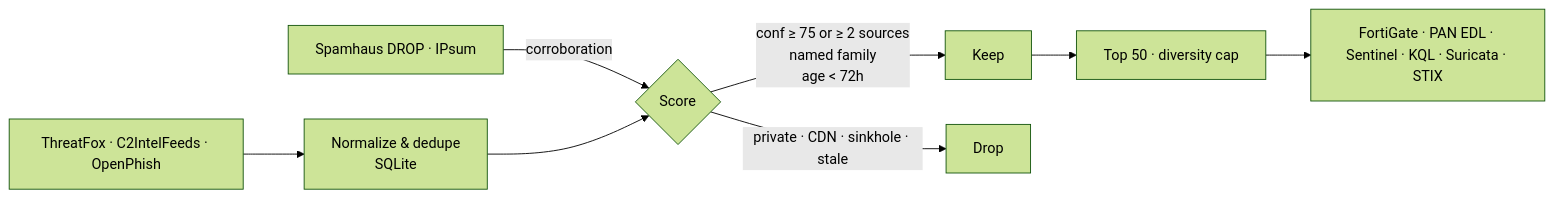
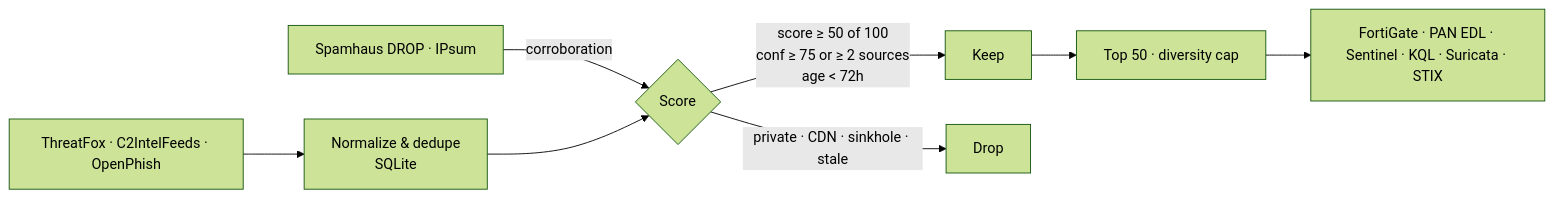
The diagram in README.md (mhearsh/threat-intel-feed), drawn with Mermaid (forest theme) before and after one commit. The commit also changed other lines of this file and 25 other files, not shown here.

````diff
--- a/README.md
+++ b/README.md
@@ -32,10 +33,10 @@
 ```mermaid
 flowchart LR
   A[ThreatFox · C2IntelFeeds · OpenPhish] --> N[Normalize & dedupe<br/>SQLite]
   C[Spamhaus DROP · IPsum] -->|corroboration| S
   N --> S{Score}
-  S -->|conf ≥ 75 or ≥ 2 sources<br/>named family<br/>age < 72h| K[Keep]
+  S -->|score ≥ 50 of 100<br/>conf ≥ 75 or ≥ 2 sources<br/>age < 72h| K[Keep]
   S -->|private · CDN · sinkhole · stale| X[Drop]
   K --> T[Top 50 · diversity cap]
   T --> O[FortiGate · PAN EDL · Sentinel · KQL · Suricata · STIX]
 ```
````
